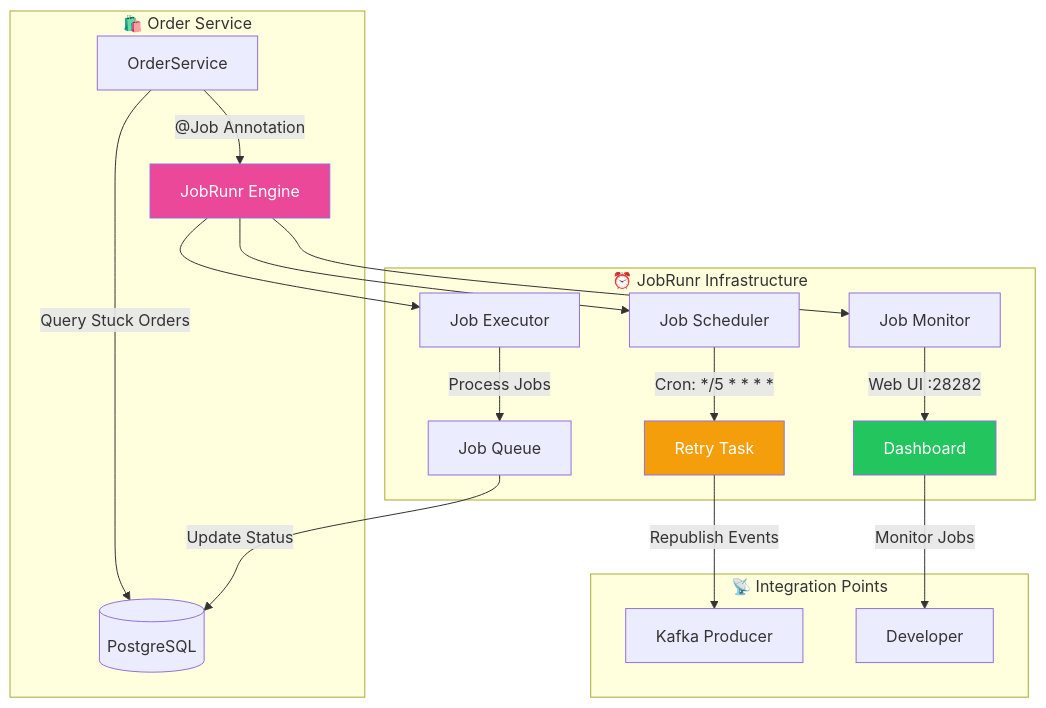
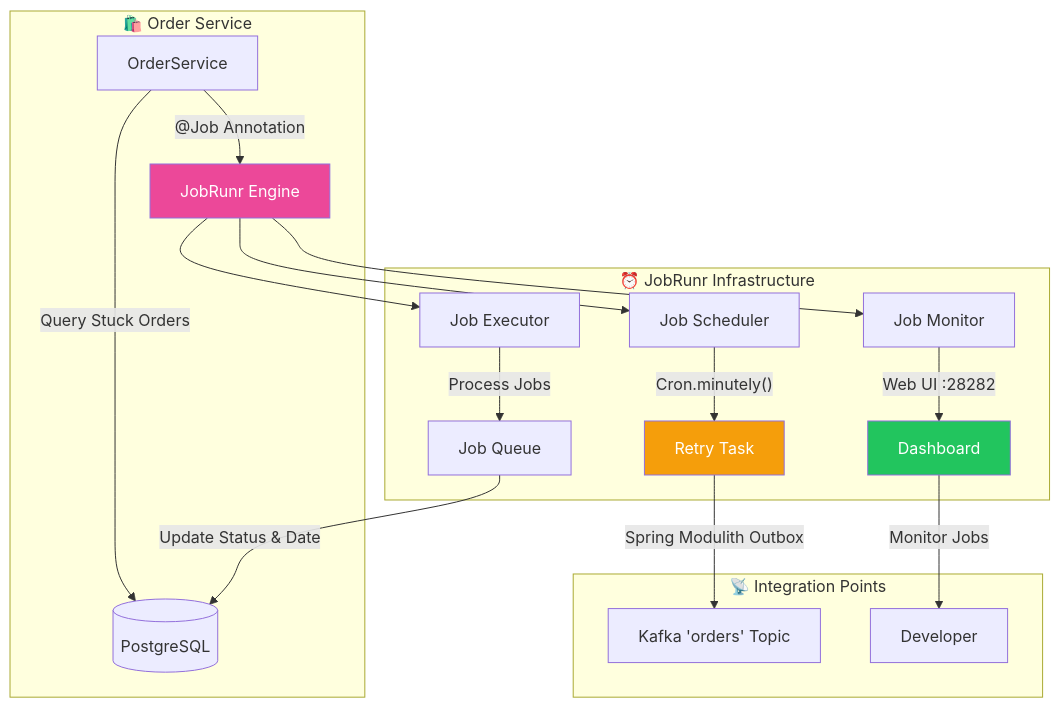
The first of 4 diagrams in order-service/docs/03-Background-Processing-JobRunr.md (rajadilipkolli/spring-boot-microservices-series-v2), drawn with Mermaid before and after one commit. The commit also changed other lines of this file and 51 other files, not shown here.

````diff
--- a/order-service/docs/03-Background-Processing-JobRunr.md
+++ b/order-service/docs/03-Background-Processing-JobRunr.md
@@ -8,26 +8,26 @@
 ```mermaid
 graph TB
     subgraph "🛍️ Order Service"
         OS[OrderService] --> |"@Job Annotation"| JR[JobRunr Engine]
         OS --> |"Query Stuck Orders"| DB[(PostgreSQL)]
     end
     
     subgraph "⏰ JobRunr Infrastructure"
         JR --> JS[Job Scheduler]
         JR --> JE[Job Executor]
         JR --> JM[Job Monitor]
-        JS --> |"Cron: */5 * * * *"| RT[Retry Task]
+        JS --> |"Cron.minutely()"| RT[Retry Task]
         JE --> |"Process Jobs"| JQ[Job Queue]
         JM --> |"Web UI :28282"| WUI[Dashboard]
     end
     
     subgraph "📡 Integration Points"
-        RT --> |"Republish Events"| KP[Kafka Producer]
-        JQ --> |"Update Status"| DB
+        RT --> |"Spring Modulith Outbox"| KP[Kafka 'orders' Topic]
+        JQ --> |"Update Status & Date"| DB
         WUI --> |"Monitor Jobs"| DEV[Developer]
     end
     
     style JR fill:#ec4899,color:#ffffff
     style RT fill:#f59e0b,color:#ffffff
     style WUI fill:#22c55e,color:#ffffff
 ```
````
